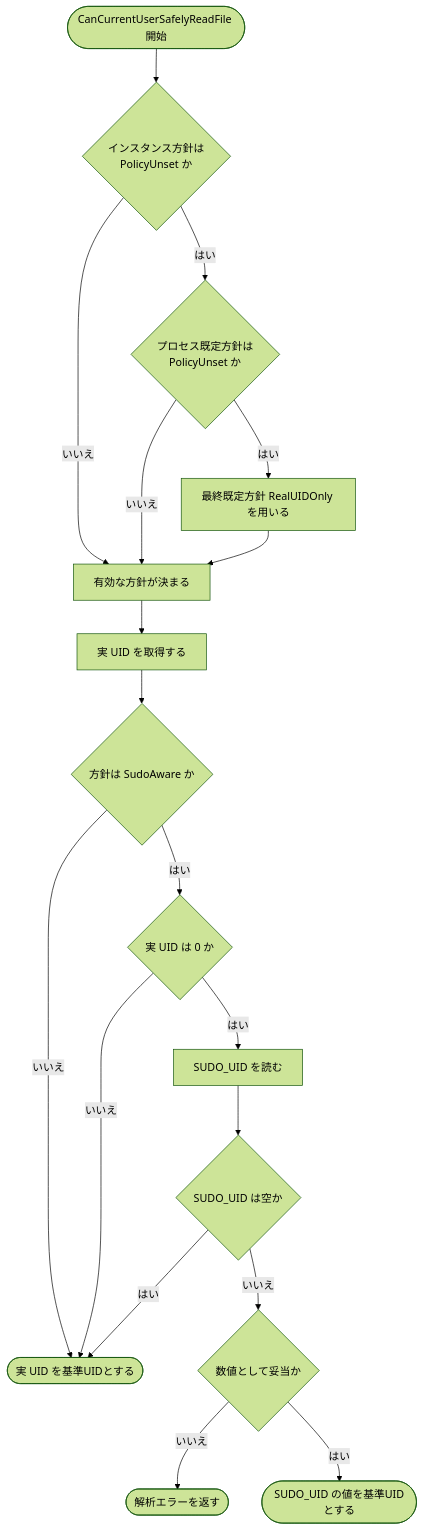
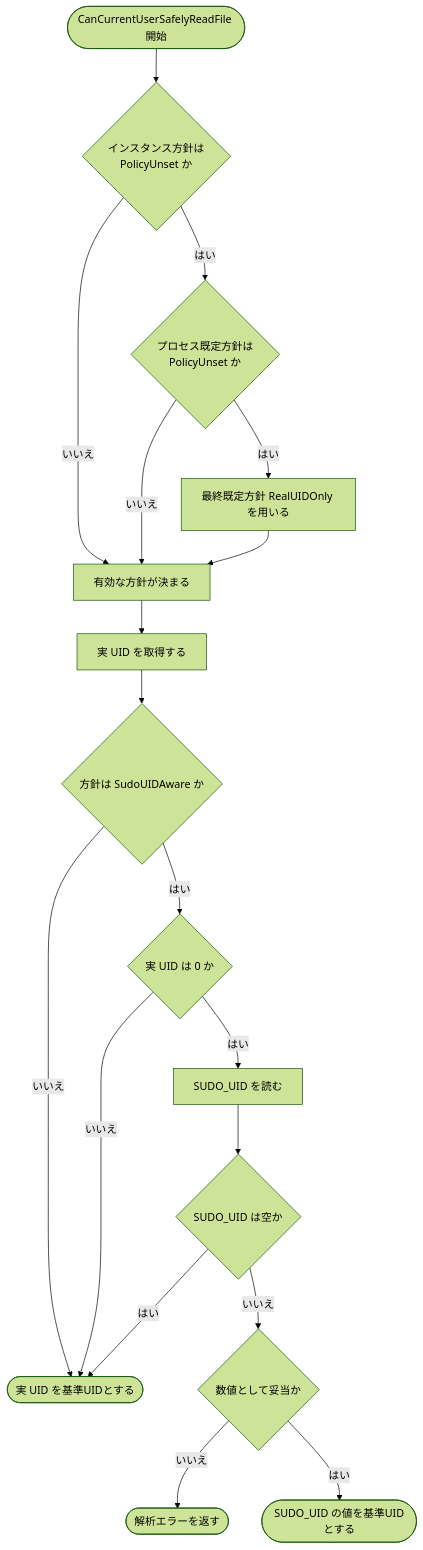
Diagram 11 of 11 in docs/tasks/0160_permission_check_subject_explicit/02_architecture.md (isseis/go-safe-cmd-runner), drawn with Mermaid (forest theme) before and after one commit. The commit also changed other lines of this file and 1 other file, not shown here.

First line of the commit message:
docs(0160): rename SudoAware policy to SudoUIDAware

````diff
--- a/docs/tasks/0160_permission_check_subject_explicit/02_architecture.md
+++ b/docs/tasks/0160_permission_check_subject_explicit/02_architecture.md
@@ -566,21 +566,21 @@
 ```mermaid
 flowchart TD
     Start(["CanCurrentUserSafelyReadFile 開始"]) --> P1{"インスタンス方針は<br>PolicyUnset か"}
     P1 -->|"いいえ"| Use["有効な方針が決まる"]
     P1 -->|"はい"| P2{"プロセス既定方針は<br>PolicyUnset か"}
     P2 -->|"いいえ"| Use
     P2 -->|"はい"| P3["最終既定方針 RealUIDOnly を用いる"]
     P3 --> Use
 
     Use --> R1["実 UID を取得する"]
-    R1 --> R2{"方針は SudoAware か"}
+    R1 --> R2{"方針は SudoUIDAware か"}
     R2 -->|"いいえ"| Ret(["実 UID を基準UIDとする"])
     R2 -->|"はい"| R3{"実 UID は 0 か"}
     R3 -->|"いいえ"| Ret
     R3 -->|"はい"| R4["SUDO_UID を読む"]
     R4 --> R5{"SUDO_UID は空か"}
     R5 -->|"はい"| Ret
     R5 -->|"いいえ"| R6{"数値として妥当か"}
     R6 -->|"いいえ"| Fail(["解析エラーを返す"])
     R6 -->|"はい"| Ret2(["SUDO_UID の値を基準UIDとする"])
 ```
````
